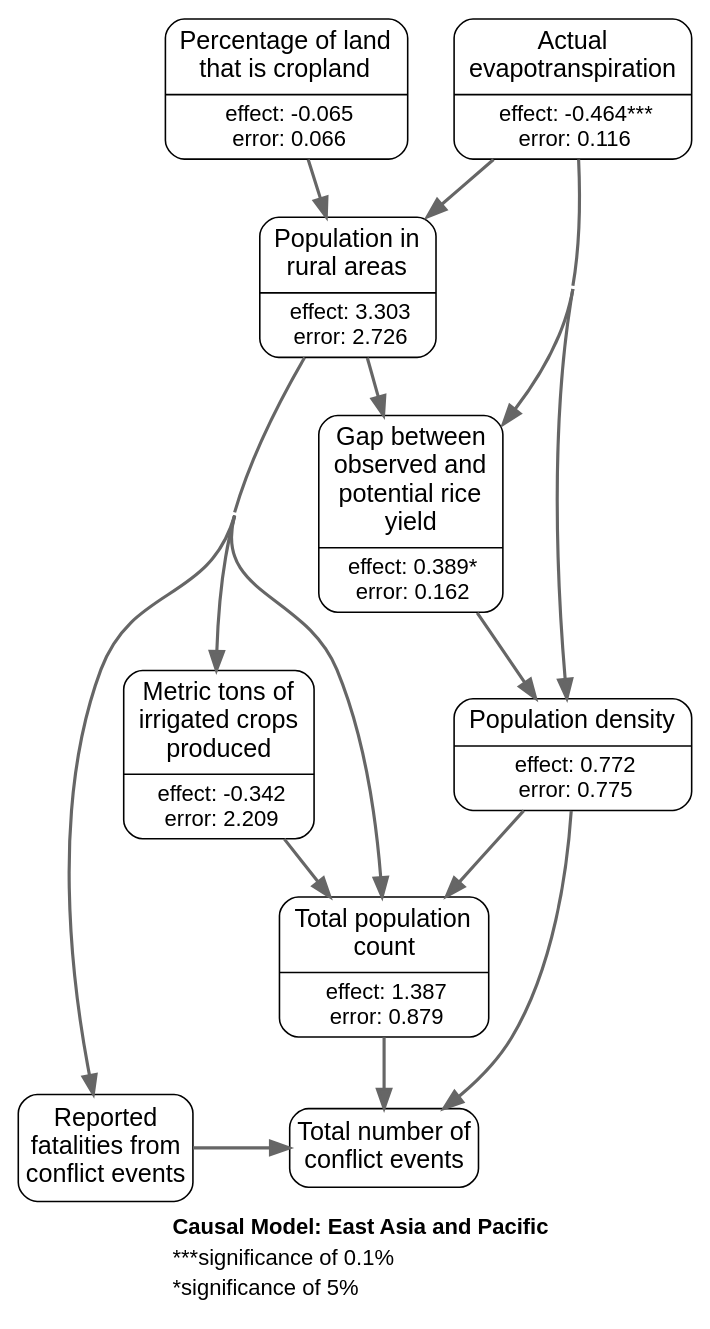
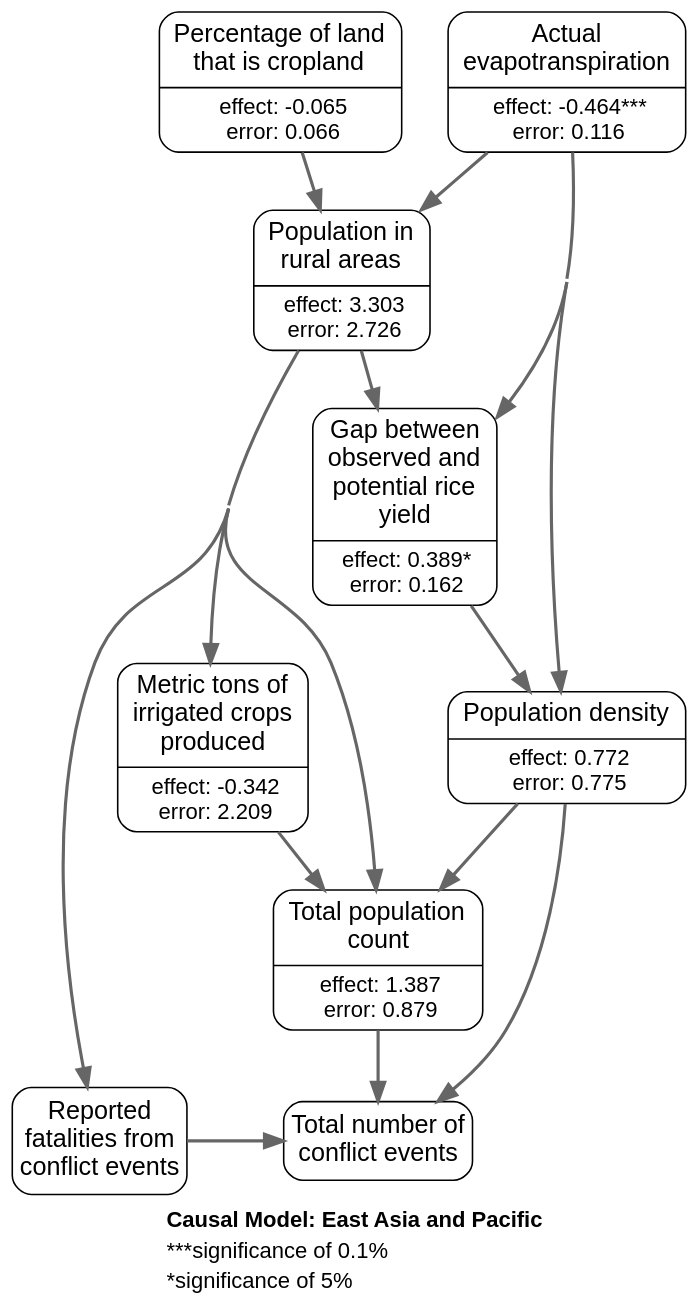
One commit to wri/wri-wpsi changed the diagram in app/javascript/images/regions/causal_graphs/east_asia_and_pacific.gv. Above: the diagram before and after it, drawn with Graphviz. The commit also changed 21 other files, not shown here.

```diff
--- a/app/javascript/images/regions/causal_graphs/east_asia_and_pacific.gv
+++ b/app/javascript/images/regions/causal_graphs/east_asia_and_pacific.gv
@@ -1,73 +1,74 @@
 # generated file for region: east_asia_and_pacific by CausalModelRegionGenerator
 strict digraph causalModel {
+bgcolor = transparent;
 fontname="Helvetica, Arial, sans-serif";
 label=<<TABLE BORDER="0" CELLBORDER="0" CELLSPACING="0"><TR><TD></TD></TR><TR><TD ALIGN="LEFT"><B>Causal Model: East Asia and Pacific</B></TD></TR><TR><TD ALIGN="LEFT">***significance of 0.1%</TD></TR><TR><TD ALIGN="LEFT">*significance of 5%</TD></TR></TABLE>>;
 labelloc = b;
 nodesep = 0.4;
 concentrate = true;
 node[shape = Mrecord, fontname = "Helvetica, Arial, sans-serif", margin = "0.10,0.06", penwidth = 1.0];
 edge[arrowsize = 1.2 penwidth = 2 color="#666666"];
 
 # nodes
 spam_P_i_sum_s [label = <{<table align="center" border="0" cellspacing="1" cellpadding="1">
 <tr><td><font point-size="16">Metric tons of<br/>irrigated crops<br/>produced<br/></font></td></tr>
 </table>
 |<table border="0" cellspacing="1" cellpadding="0.5"><tr><td><font point-size="14">effect: -0.342</font></td></tr>
 <tr><td><font point-size="14">error: 2.209</font></td></tr></table>}>, class = rankB];
 rurpop_s [label = <{<table align="center" border="0" cellspacing="1" cellpadding="1">
 <tr><td><font point-size="16">Population in<br/>rural areas<br/></font></td></tr>
 </table>
 |<table border="0" cellspacing="1" cellpadding="0.5"><tr><td><font point-size="14">effect: 3.303</font></td></tr>
 <tr><td><font point-size="14">error: 2.726</font></td></tr></table>}>, class = rankB];
 Cropland2000_mean_percent_s [label = <{<table align="center" border="0" cellspacing="1" cellpadding="1">
 <tr><td><font point-size="16">Percentage of land<br/>that is cropland<br/></font></td></tr>
 </table>
 |<table border="0" cellspacing="1" cellpadding="0.5"><tr><td><font point-size="14">effect: -0.065</font></td></tr>
 <tr><td><font point-size="14">error: 0.066</font></td></tr></table>}>, class = rankA];
 loccount_y [label = <{<table align="center" border="0" cellspacing="1" cellpadding="1">
 <tr><td><font point-size="16">Total population<br/>count<br/></font></td></tr>
 </table>
 |<table border="0" cellspacing="1" cellpadding="0.5"><tr><td><font point-size="14">effect: 1.387</font></td></tr>
 <tr><td><font point-size="14">error: 0.879</font></td></tr></table>}>, class = rankB];
 locdensity_y [label = <{<table align="center" border="0" cellspacing="1" cellpadding="1">
 <tr><td><font point-size="16">Population density</font></td></tr>
 </table>
 |<table border="0" cellspacing="1" cellpadding="0.5"><tr><td><font point-size="14">effect: 0.772</font></td></tr>
 <tr><td><font point-size="14">error: 0.775</font></td></tr></table>}>, class = rankB];
 yield_gap_rice_s [label = <{<table align="center" border="0" cellspacing="1" cellpadding="1">
 <tr><td><font point-size="16">Gap between<br/>observed and<br/>potential rice<br/>yield<br/></font></td></tr>
 </table>
 |<table border="0" cellspacing="1" cellpadding="0.5"><tr><td><font point-size="14">effect: 0.389*</font></td></tr>
 <tr><td><font point-size="14">error: 0.162</font></td></tr></table>}>, class = rankB];
 et_actl_m_MIN_m [label = <{<table align="center" border="0" cellspacing="1" cellpadding="1">
 <tr><td><font point-size="16">Actual<br/>evapotranspiration<br/></font></td></tr>
 </table>
 |<table border="0" cellspacing="1" cellpadding="0.5"><tr><td><font point-size="14">effect: -0.464***</font></td></tr>
 <tr><td><font point-size="14">error: 0.116</font></td></tr></table>}>, class = rankA];
 acl_sum_evnt_m [label = "Total number of
 conflict events" class = rankC shape=box style=rounded fontsize="16pt" margin = "0.05,0.10"];
 acl_sum_fatl_m [label = "Reported
 fatalities from
 conflict events" class = rankC shape=box style=rounded fontsize="16pt" margin = "0.05,0.10"];
 
 #ranks
 {rank=same; Cropland2000_mean_percent_s et_actl_m_MIN_m; }
 {rank=same; acl_sum_evnt_m acl_sum_fatl_m; }
 
 # links
 spam_P_i_sum_s -> loccount_y ;
 rurpop_s -> spam_P_i_sum_s ;
 rurpop_s -> loccount_y ;
 rurpop_s -> yield_gap_rice_s ;
 rurpop_s -> acl_sum_fatl_m ;
 Cropland2000_mean_percent_s -> rurpop_s ;
 loccount_y -> acl_sum_evnt_m ;
 locdensity_y -> loccount_y ;
 locdensity_y -> acl_sum_evnt_m ;
 yield_gap_rice_s -> locdensity_y ;
 et_actl_m_MIN_m -> rurpop_s ;
 et_actl_m_MIN_m -> locdensity_y ;
 et_actl_m_MIN_m -> yield_gap_rice_s ;
 acl_sum_fatl_m -> acl_sum_evnt_m ;
 
 }
```
